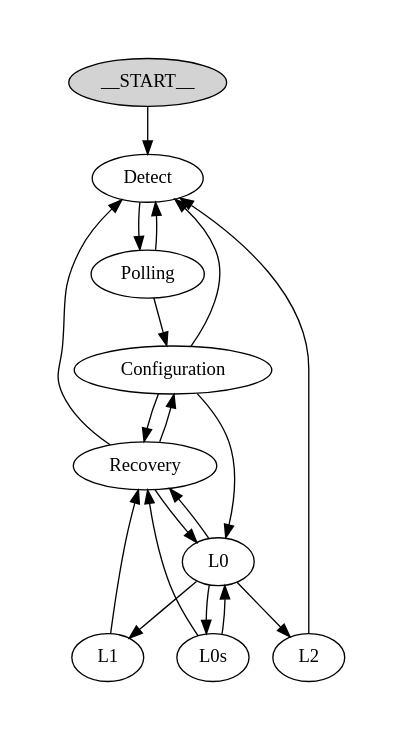
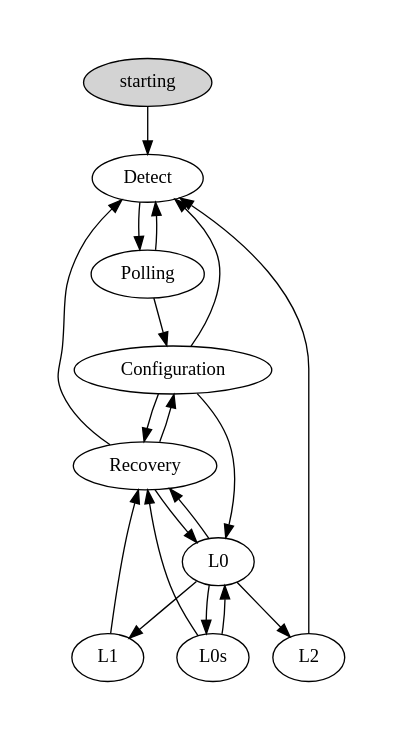
One commit to stepannotuser/ugrasp_mode changed the diagram in examples/pcie_link_training/pcie_link_training_pkg/src/sv/pcie_link_training_graphviz.dot. Above: the diagram before and after it, drawn with Graphviz. The commit also changed 33 other files, not shown here.

```diff
--- a/examples/pcie_link_training/pcie_link_training_pkg/src/sv/pcie_link_training_graphviz.dot
+++ b/examples/pcie_link_training/pcie_link_training_pkg/src/sv/pcie_link_training_graphviz.dot
@@ -1,26 +1,26 @@
 // SVGraph pcie_link_training
 // File    pcie_link_training_graphviz.dot
 
 
 digraph pcie_link_training {
   pad="0.5"
-  __START__ [fillcolor=lightgrey style=filled]
+  starting [fillcolor=lightgrey style=filled]
   Detect -> Polling;
   Polling -> Detect;
   Polling -> Configuration;
   Configuration -> L0;
   Configuration -> Recovery;
   Configuration -> Detect;
   L0 -> L1;
   L0 -> L0s;
   L0 -> L2;
   L0 -> Recovery;
   Recovery -> Configuration;
   Recovery -> L0;
   Recovery -> Detect;
   L1 -> Recovery;
   L0s -> L0;
   L0s -> Recovery;
   L2 -> Detect;
-  __START__ -> Detect;
+  starting -> Detect;
 }
```
